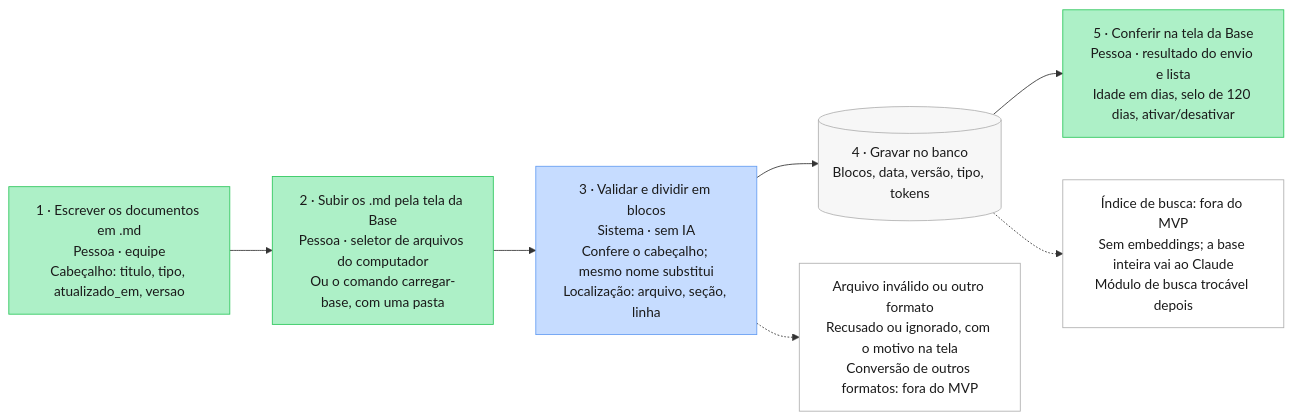
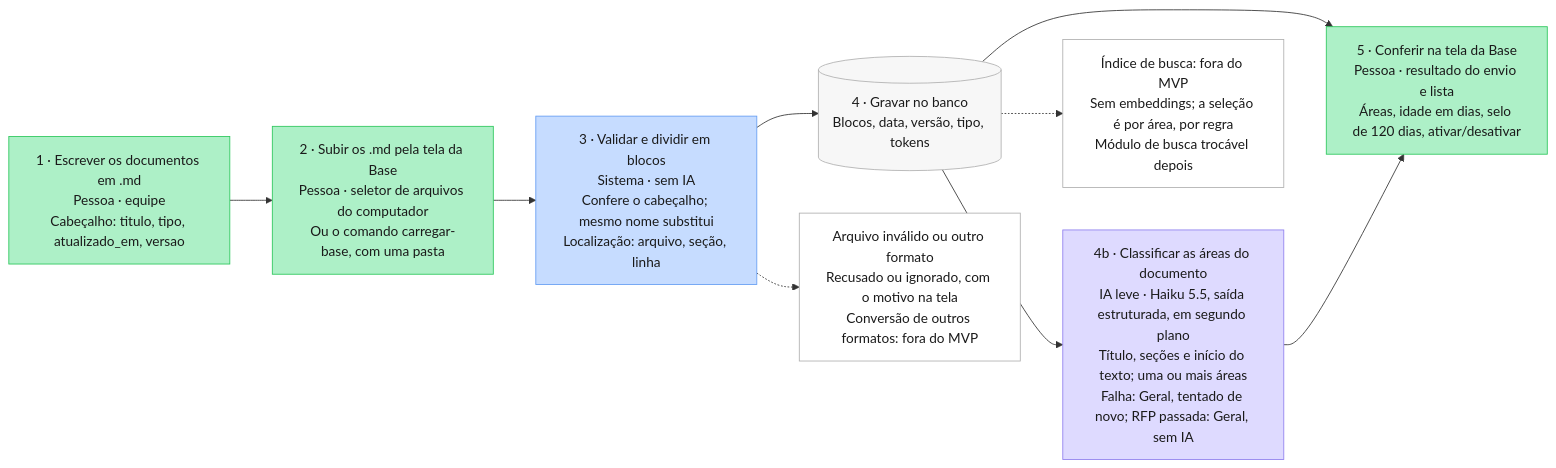
Before and after one commit to bragarodriguesr/tendra-ai-front: the first of 5 diagrams in docs/mvp-resposta-rfp/product/PIPELINE_IA_MVP.md, drawn with Mermaid. The commit also changed other lines of this file and 48 other files, not shown here.

First line of the commit message:
Fase U: áreas dos documentos e seleção da base por área

````diff
--- a/docs/mvp-resposta-rfp/product/PIPELINE_IA_MVP.md
+++ b/docs/mvp-resposta-rfp/product/PIPELINE_IA_MVP.md
@@ -32,20 +32,22 @@
 ```mermaid
 flowchart LR
     A1["1 · Escrever os documentos em .md<br/>Pessoa · equipe<br/>Cabeçalho: titulo, tipo, atualizado_em, versao"]:::pessoa
     A2["2 · Subir os .md pela tela da Base<br/>Pessoa · seletor de arquivos do computador<br/>Ou o comando carregar-base, com uma pasta"]:::pessoa
     A3["3 · Validar e dividir em blocos<br/>Sistema · sem IA<br/>Confere o cabeçalho; mesmo nome substitui<br/>Localização: arquivo, seção, linha"]:::sistema
     A4[("4 · Gravar no banco<br/>Blocos, data, versão, tipo, tokens")]:::dados
-    A5["5 · Conferir na tela da Base<br/>Pessoa · resultado do envio e lista<br/>Idade em dias, selo de 120 dias, ativar/desativar"]:::pessoa
+    A4B["4b · Classificar as áreas do documento<br/>IA leve · Haiku 5.5, saída estruturada, em segundo plano<br/>Título, seções e início do texto; uma ou mais áreas<br/>Falha: Geral, tentado de novo; RFP passada: Geral, sem IA"]:::ia
+    A5["5 · Conferir na tela da Base<br/>Pessoa · resultado do envio e lista<br/>Áreas, idade em dias, selo de 120 dias, ativar/desativar"]:::pessoa
     X1["Arquivo inválido ou outro formato<br/>Recusado ou ignorado, com o motivo na tela<br/>Conversão de outros formatos: fora do MVP"]:::excecao
-    X2["Índice de busca: fora do MVP<br/>Sem embeddings; a base inteira vai ao Claude<br/>Módulo de busca trocável depois"]:::excecao
+    X2["Índice de busca: fora do MVP<br/>Sem embeddings; a seleção é por área, por regra<br/>Módulo de busca trocável depois"]:::excecao
 
     A1 --> A2 --> A3 --> A4 --> A5
+    A4 --> A4B --> A5
     A3 -.-> X1
     A4 -.-> X2
 
     classDef pessoa fill:#adf0c7,stroke:#2dc75c,color:#1a1a1a
     classDef sistema fill:#c6dcff,stroke:#659df2,color:#1a1a1a
     classDef ia fill:#dedaff,stroke:#8f7fee,color:#1a1a1a
     classDef dados fill:#f7f7f7,stroke:#b0b0b0,color:#1a1a1a
     classDef excecao fill:#ffffff,stroke:#b0b0b0,color:#1a1a1a
 ```
````
